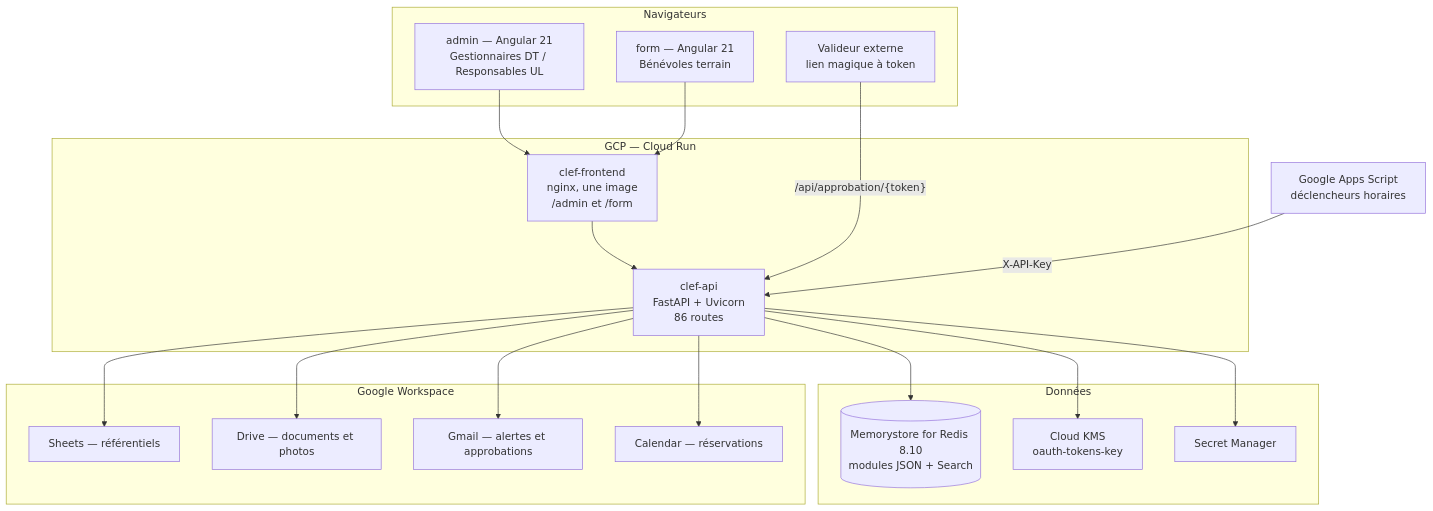
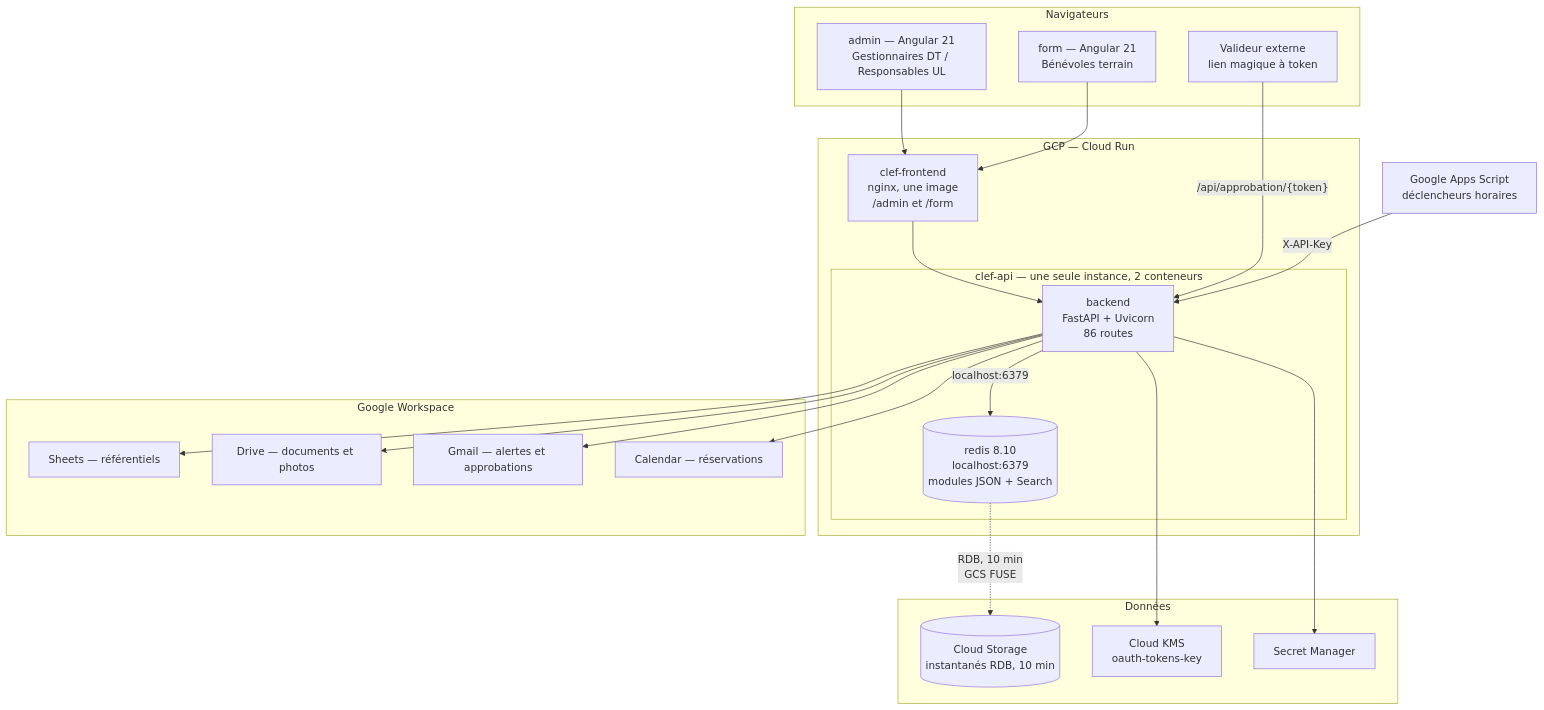
The diagram in docs/architecture/overview.md (dev-mansonthomas/clef), drawn with Mermaid before and after one commit. The commit also changed other lines of this file and 55 other files, not shown here.

First line of the commit message:
feat(deploy): déploiement GCP — Redis en sidecar Cloud Run, racine Terraform unique (#8)

````diff
--- a/docs/architecture/overview.md
+++ b/docs/architecture/overview.md
@@ -9,37 +9,41 @@
 ```mermaid
 flowchart TB
     subgraph nav["Navigateurs"]
         A["admin — Angular 21<br/>Gestionnaires DT / Responsables UL"]
         F["form — Angular 21<br/>Bénévoles terrain"]
         V["Valideur externe<br/>lien magique à token"]
     end
 
     subgraph gcp["GCP — Cloud Run"]
         NG["clef-frontend<br/>nginx, une image<br/>/admin et /form"]
-        API["clef-api<br/>FastAPI + Uvicorn<br/>86 routes"]
+        subgraph inst["clef-api — une seule instance, 2 conteneurs"]
+            API["backend<br/>FastAPI + Uvicorn<br/>86 routes"]
+            VK[("redis 8.10<br/>localhost:6379<br/>modules JSON + Search")]
+        end
     end
 
     subgraph data["Données"]
-        VK[("Memorystore for Redis 8.10<br/>modules JSON + Search")]
+        GCS[("Cloud Storage<br/>instantanés RDB, 10 min")]
         KMS["Cloud KMS<br/>oauth-tokens-key"]
         SM["Secret Manager"]
     end
 
     subgraph goog["Google Workspace"]
         SH["Sheets — référentiels"]
         DR["Drive — documents et photos"]
         GM["Gmail — alertes et approbations"]
         CAL["Calendar — réservations"]
     end
 
     GAS["Google Apps Script<br/>déclencheurs horaires"]
 
     A --> NG --> API
     F --> NG
     V -->|"/api/approbation/{token}"| API
     GAS -->|"X-API-Key"| API
-    API --> VK
+    API -->|"localhost:6379"| VK
+    VK -.->|"RDB, 10 min<br/>GCS FUSE"| GCS
     API --> KMS
     API --> SM
     API --> SH & DR & GM & CAL
 ```
````
